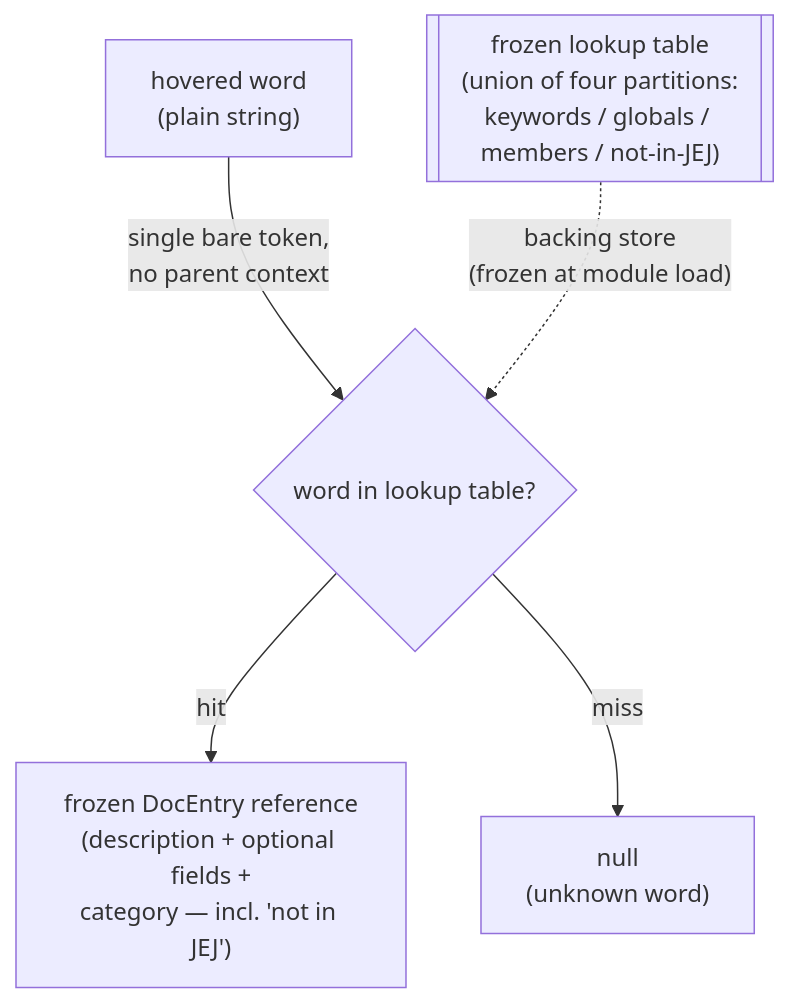
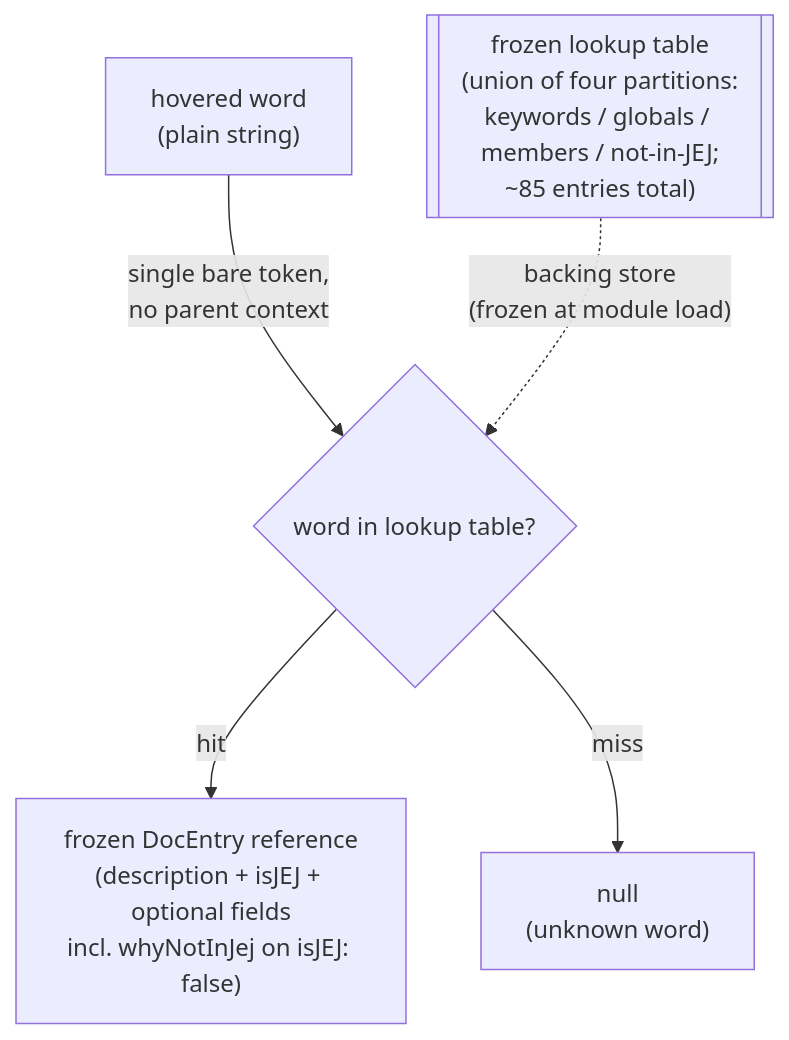
Before and after one commit to codeschoolinabox/curricula: the diagram in src/lib/just-enough/javascript/lib/documenting/DOCS.md, drawn with Mermaid. The commit also changed other lines of this file and 10 other files, not shown here.

First line of the commit message:
docs: establish unified non-JEJ docs domain model with whyNotInJej + isJEJ

````diff
--- a/src/lib/just-enough/javascript/lib/documenting/DOCS.md
+++ b/src/lib/just-enough/javascript/lib/documenting/DOCS.md
@@ -48,13 +59,13 @@
 ```mermaid
 flowchart TD
     Word["hovered word<br/>(plain string)"]
     Hit{"word in lookup table?"}
-    Entry["frozen DocEntry reference<br/>(description + optional fields +<br/>category — incl. 'not in JEJ')"]
+    Entry["frozen DocEntry reference<br/>(description + isJEJ + optional fields<br/>incl. whyNotInJej on isJEJ: false)"]
     Null["null<br/>(unknown word)"]
-    Table[["frozen lookup table<br/>(union of four partitions:<br/>keywords / globals / members / not-in-JEJ)"]]
+    Table[["frozen lookup table<br/>(union of four partitions:<br/>keywords / globals / members / not-in-JEJ;<br/>~85 entries total)"]]
 
     Word -->|"single bare token,<br/>no parent context"| Hit
     Hit -->|"hit"| Entry
     Hit -->|"miss"| Null
     Table -.->|"backing store<br/>(frozen at module load)"| Hit
 ```
````
